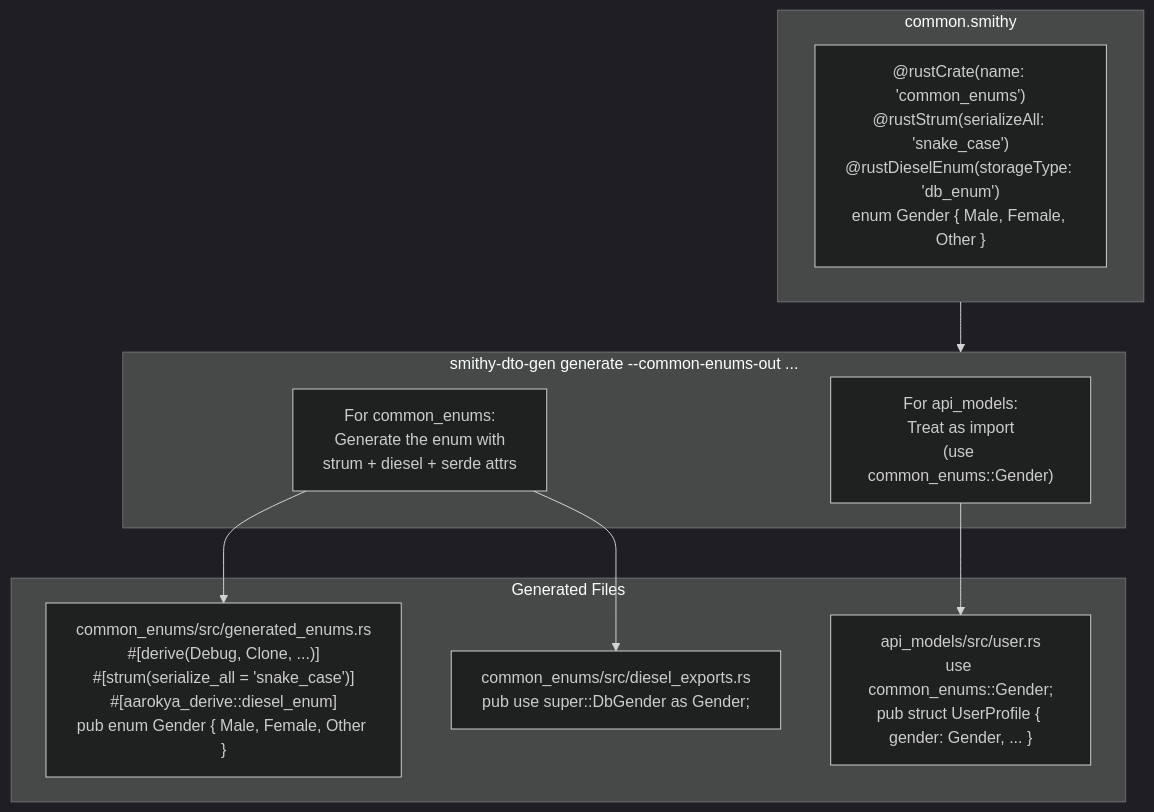
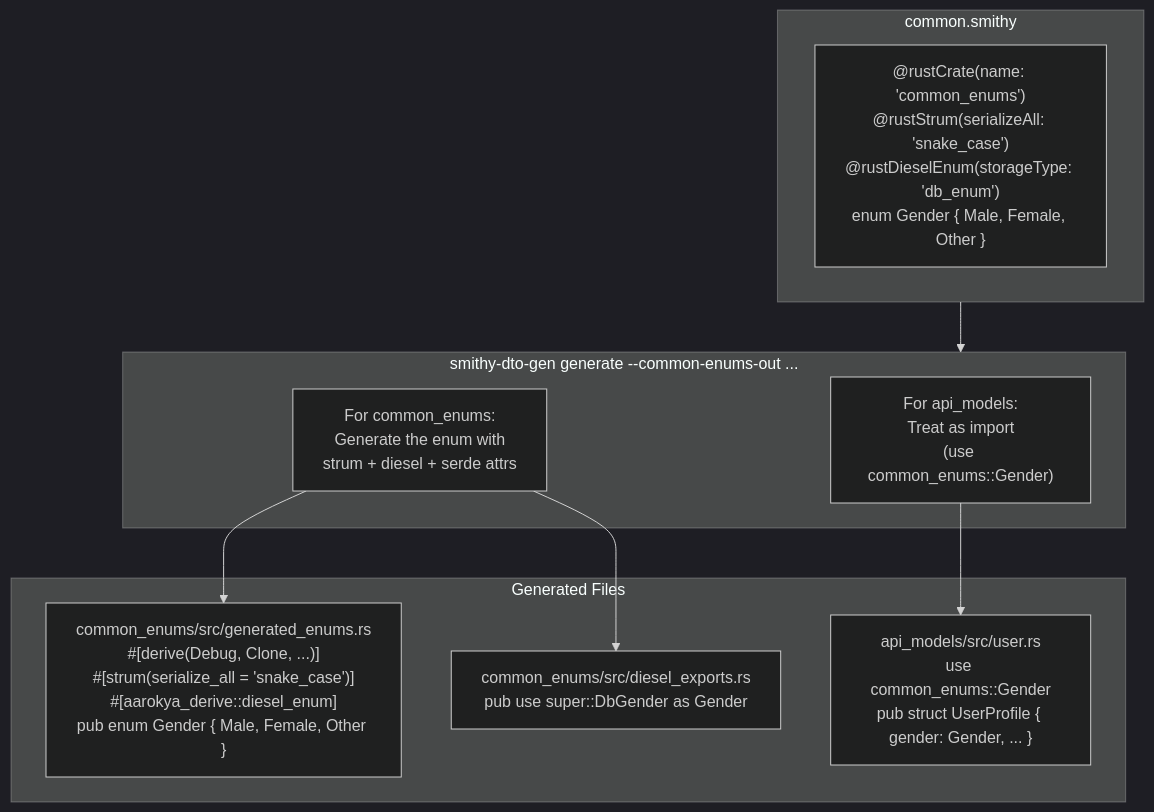
The fifth of 10 diagrams in api-reference/architecture/smithy-codegen-guide.mdx (anu19981/aarokya-backend), drawn with Mermaid (dark theme) before and after one commit. The commit also changed other lines of this file and 82 other files, not shown here.

````diff
--- a/api-reference/architecture/smithy-codegen-guide.mdx
+++ b/api-reference/architecture/smithy-codegen-guide.mdx
@@ -274,22 +287,22 @@
 ```mermaid
 flowchart TD
     subgraph SMITHY["common.smithy"]
         E["@rustCrate(name: 'common_enums')<br/>@rustStrum(serializeAll: 'snake_case')<br/>@rustDieselEnum(storageType: 'db_enum')<br/>enum Gender { Male, Female, Other }"]
     end
 
     subgraph GEN["smithy-dto-gen generate --common-enums-out ..."]
         G1["For api_models:<br/>Treat as import<br/>(use common_enums::Gender)"]
         G2["For common_enums:<br/>Generate the enum with<br/>strum + diesel + serde attrs"]
     end
 
     subgraph FILES["Generated Files"]
         F1["common_enums/src/generated_enums.rs<br/>#[derive(Debug, Clone, ...)]<br/>#[strum(serialize_all = 'snake_case')]<br/>#[aarokya_derive::diesel_enum]<br/>pub enum Gender { Male, Female, Other }"]
-        F2["common_enums/src/diesel_exports.rs<br/>pub use super::DbGender as Gender;"]
-        F3["api_models/src/user.rs<br/>use common_enums::Gender;<br/>pub struct UserProfile { gender: Gender, ... }"]
+        F2["common_enums/src/diesel_exports.rs<br/>pub use super::DbGender as Gender"]
+        F3["api_models/src/user.rs<br/>use common_enums::Gender<br/>pub struct UserProfile { gender: Gender, ... }"]
     end
 
     SMITHY --> GEN
     G1 --> F3
     G2 --> F1
     G2 --> F2
 ```
````
